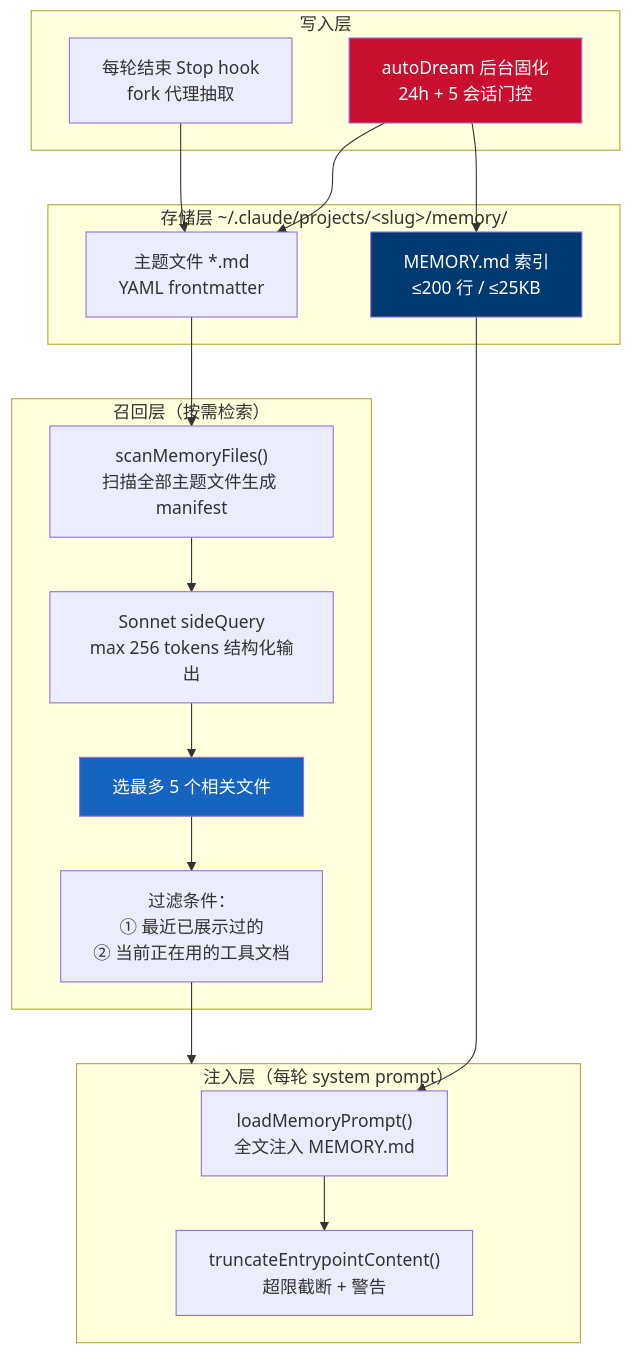
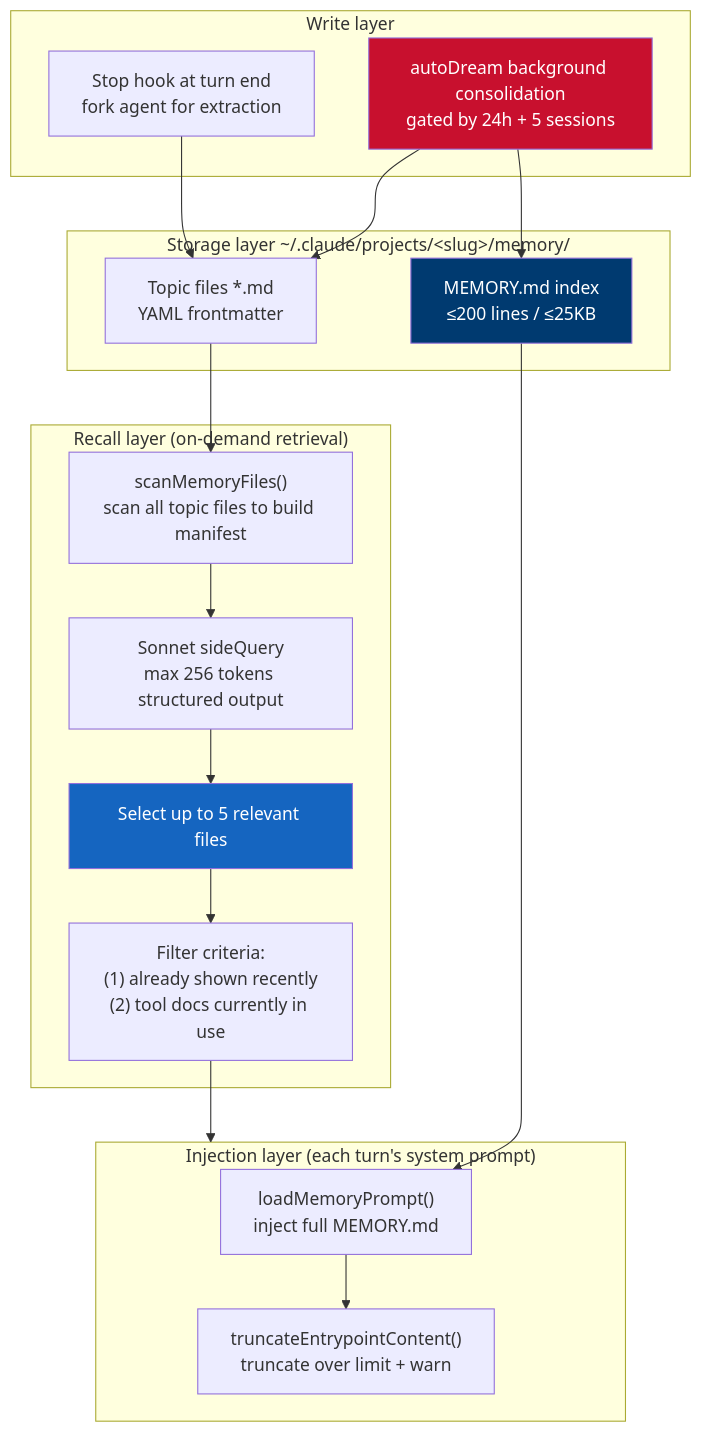
One commit to holny/Agent-Harness-Develop-Book changed diagram 14 of 46 in README.md. Above: the diagram before and after it, drawn with Mermaid. The commit also changed other lines of this file and 66 other files, not shown here.

Commit message:
Add English edition (default) with Chinese version, redraw 8 interactive diagrams in English, translate mermaid/ASCII diagrams and code comments

````diff
--- a/README.md
+++ b/README.md
@@ -2743,35 +2798,35 @@
 ```mermaid
 flowchart TD
-    subgraph STORAGE["存储层 ~/.claude/projects/&lt;slug&gt;/memory/"]
-        EP["MEMORY.md 索引<br/>≤200 行 / ≤25KB"]
-        TOPIC["主题文件 *.md<br/>YAML frontmatter"]
+    subgraph STORAGE["Storage layer ~/.claude/projects/&lt;slug&gt;/memory/"]
+        EP["MEMORY.md index<br/>≤200 lines / ≤25KB"]
+        TOPIC["Topic files *.md<br/>YAML frontmatter"]
     end
 
-    subgraph INJECT["注入层（每轮 system prompt）"]
-        LOAD["loadMemoryPrompt()<br/>全文注入 MEMORY.md"]
-        TRUNC["truncateEntrypointContent()<br/>超限截断 + 警告"]
+    subgraph INJECT["Injection layer (each turn's system prompt)"]
+        LOAD["loadMemoryPrompt()<br/>inject full MEMORY.md"]
+        TRUNC["truncateEntrypointContent()<br/>truncate over limit + warn"]
     end
 
-    subgraph RECALL["召回层（按需检索）"]
-        SCAN["scanMemoryFiles()<br/>扫描全部主题文件生成 manifest"]
-        SIDE["Sonnet sideQuery<br/>max 256 tokens 结构化输出"]
-        SEL["选最多 5 个相关文件"]
-        FILT["过滤条件：<br/>① 最近已展示过的<br/>② 当前正在用的工具文档"]
+    subgraph RECALL["Recall layer (on-demand retrieval)"]
+        SCAN["scanMemoryFiles()<br/>scan all topic files to build manifest"]
+        SIDE["Sonnet sideQuery<br/>max 256 tokens structured output"]
+        SEL["Select up to 5 relevant files"]
+        FILT["Filter criteria:<br/>(1) already shown recently<br/>(2) tool docs currently in use"]
     end
 
-    subgraph WRITE["写入层"]
-        AUTO["每轮结束 Stop hook<br/>fork 代理抽取"]
-        DREAM["autoDream 后台固化<br/>24h + 5 会话门控"]
+    subgraph WRITE["Write layer"]
+        AUTO["Stop hook at turn end<br/>fork agent for extraction"]
+        DREAM["autoDream background consolidation<br/>gated by 24h + 5 sessions"]
     end
 
     EP --> LOAD --> TRUNC
     TOPIC --> SCAN --> SIDE --> SEL --> FILT
     FILT --> INJECT
     AUTO --> TOPIC
     DREAM --> TOPIC
     DREAM --> EP
 
     style EP fill:#003A70,color:#fff
     style SEL fill:#1565C0,color:#fff
     style DREAM fill:#C8102E,color:#fff
 ```
````
